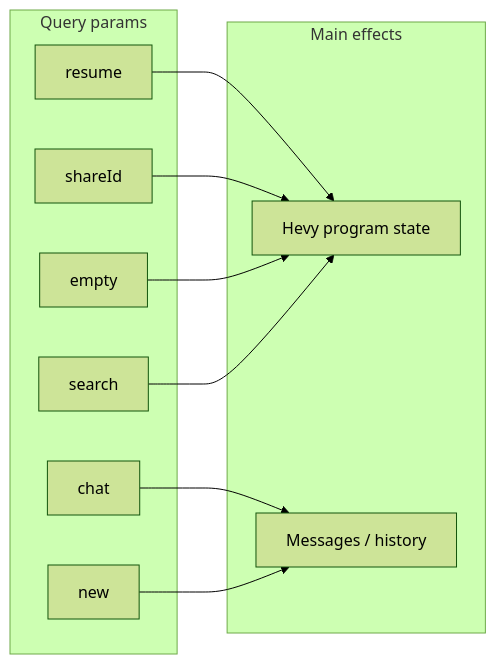
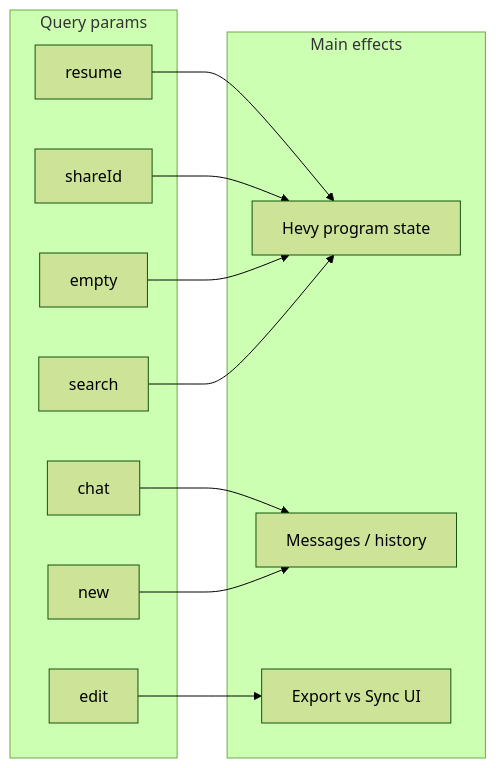
One commit to proxima-fitness/proxima changed the diagram in docs/build-program-url-params.md. Above: the diagram before and after it, drawn with Mermaid (forest theme). The commit also changed other lines of this file and 4 other files, not shown here.

````diff
--- a/docs/build-program-url-params.md
+++ b/docs/build-program-url-params.md
@@ -54,21 +56,24 @@
 ```mermaid
 flowchart LR
   subgraph params [Query params]
     resume
     shareId
     empty
     search
     chat
     new
+    edit
   end
   subgraph effects [Main effects]
     program[Hevy program state]
     chatState[Messages / history]
+    toolbar[Export vs Sync UI]
   end
   resume --> program
   shareId --> program
   empty --> program
   search --> program
   chat --> chatState
   new --> chatState
+  edit --> toolbar
 ```
````
